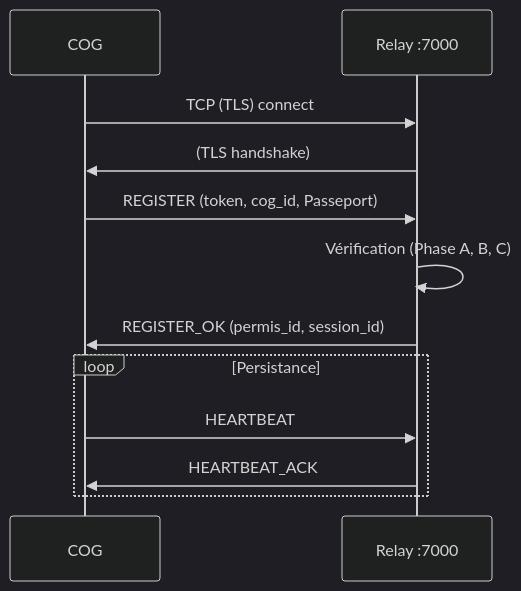
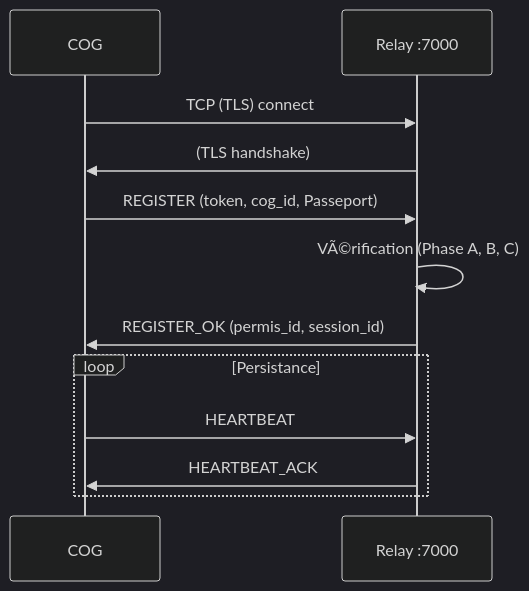
Before and after one commit to StudioMiyukini/miyukini_cog: the second of 2 diagrams in docs/miyukini-webway-system/acteurs/MWS - Relays.md, drawn with Mermaid (dark theme). The commit also changed other lines of this file and 1287 other files, not shown here.

````diff
--- a/docs/miyukini-webway-system/acteurs/MWS - Relays.md
+++ b/docs/miyukini-webway-system/acteurs/MWS - Relays.md
@@ -198,15 +198,15 @@
 ```mermaid
 sequenceDiagram
     participant COG as COG
     participant R as Relay :7000
 
     COG->>R: TCP (TLS) connect
     R->>COG: (TLS handshake)
     COG->>R: REGISTER (token, cog_id, Passeport)
-    R->>R: Vérification (Phase A, B, C)
+    R->>R: VÃ©rification (Phase A, B, C)
     R->>COG: REGISTER_OK (permis_id, session_id)
     loop Persistance
         COG->>R: HEARTBEAT
         R->>COG: HEARTBEAT_ACK
     end
 ```
````
